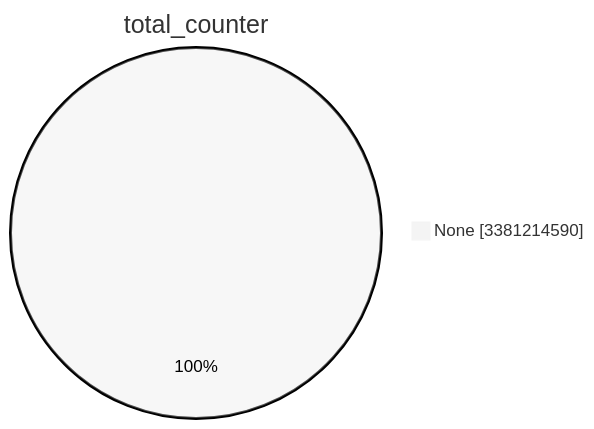
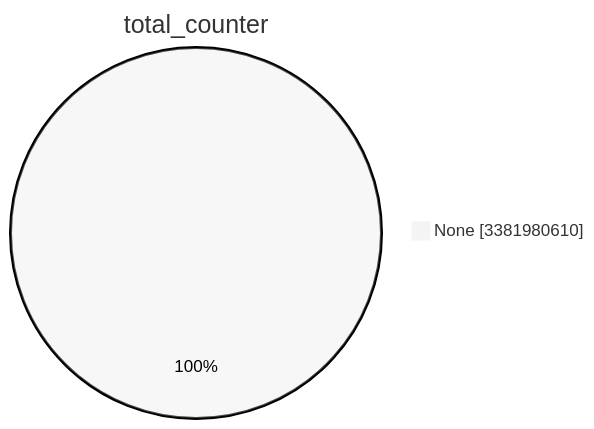
Before and after one commit to christiankrug/ctmonitor_visualization: the first of 15 diagrams in TOTAL/README.md, drawn with Mermaid (neutral theme). The commit also changed other lines of this file, not shown here.

````diff
--- a/TOTAL/README.md
+++ b/TOTAL/README.md
@@ -1,5 +1,5 @@
 ```mermaid
 pie showData
 title total_counter
-"None" :3381214590
+"None" :3381980610
 ```
````
